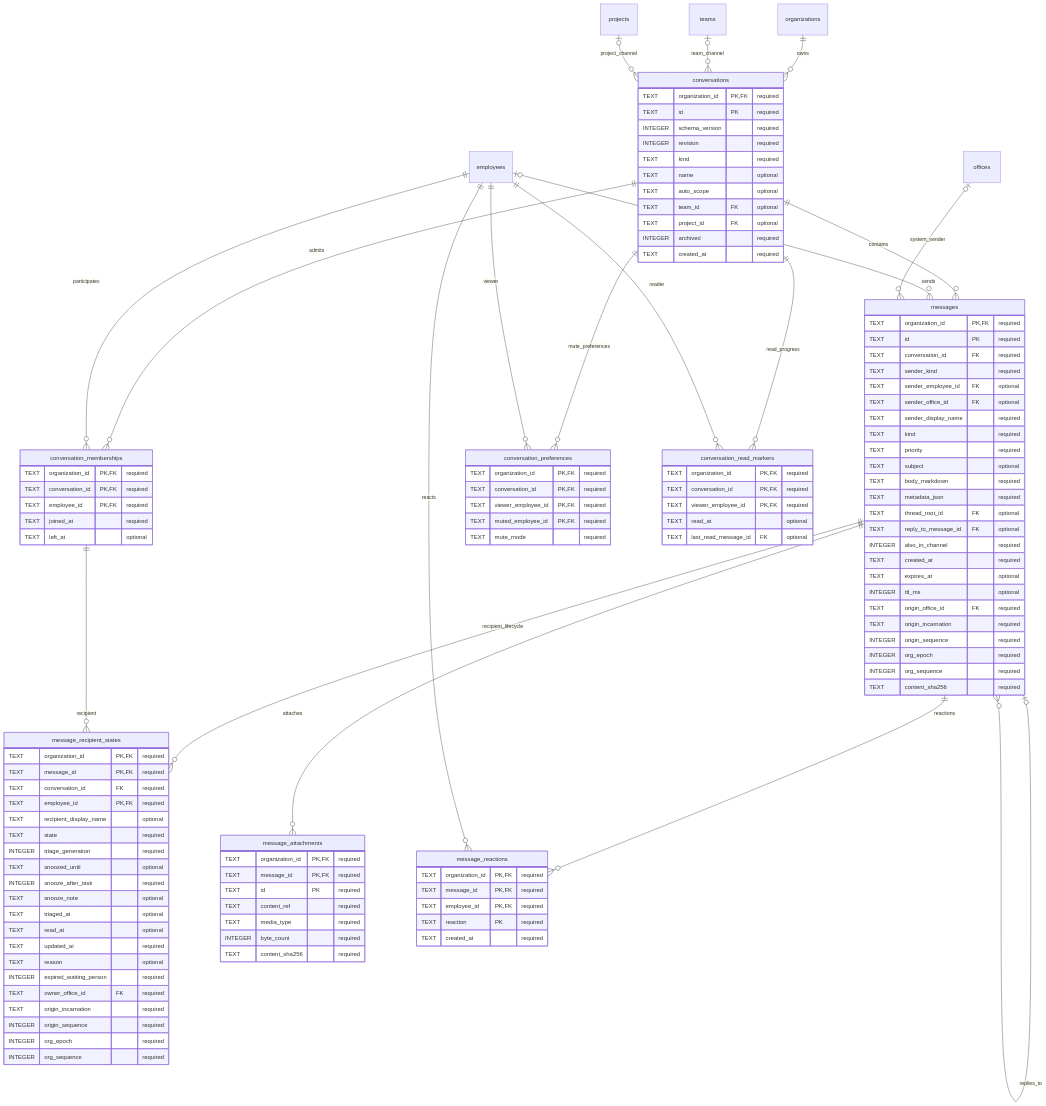
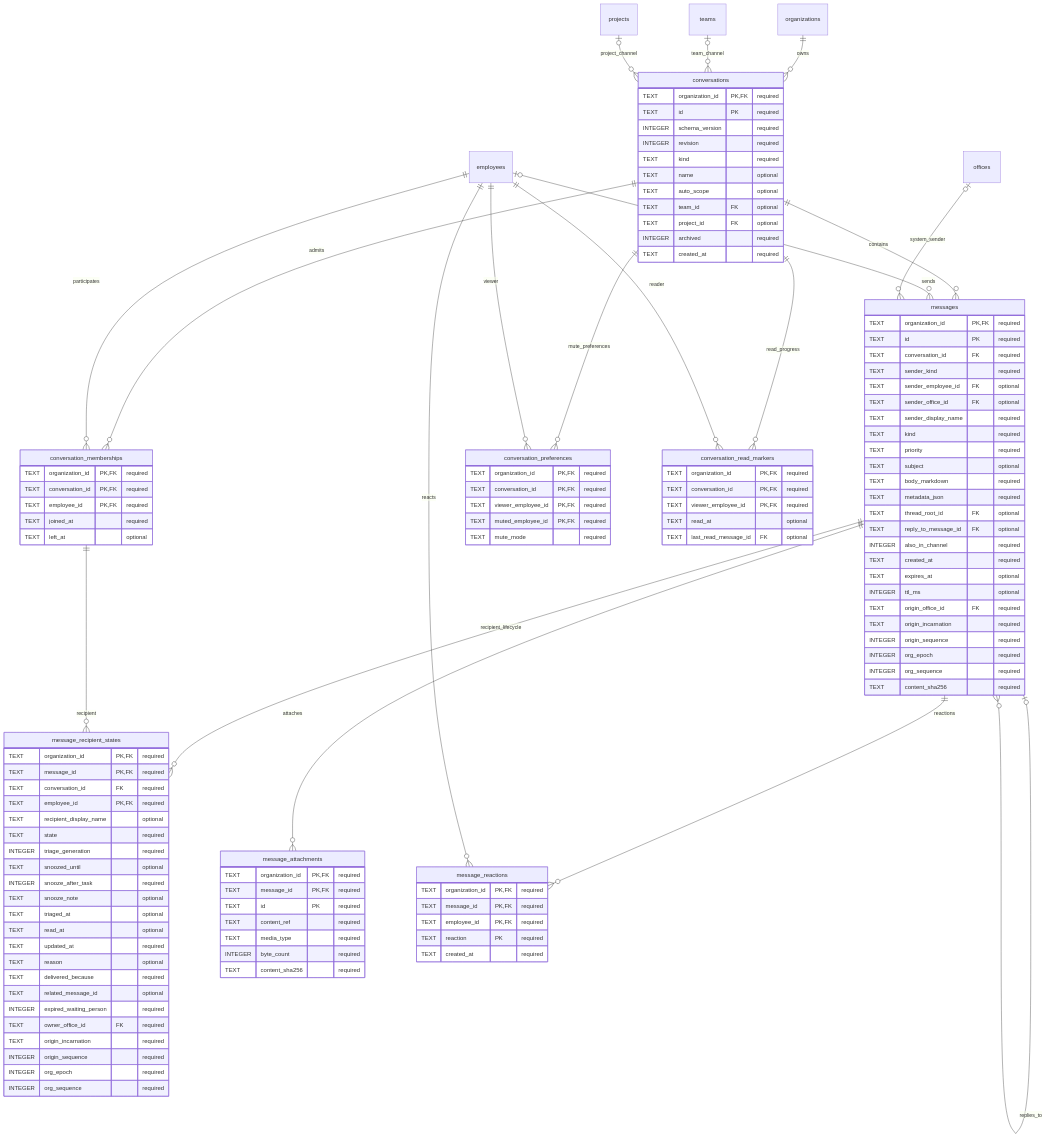
The diagram in docs/design/organization-data/15-messaging-and-chat.md (vgmello/agentic-org), drawn with Mermaid before and after one commit. The commit also changed other lines of this file and 17 other files, not shown here.

```diff
--- a/docs/design/organization-data/15-messaging-and-chat.md
+++ b/docs/design/organization-data/15-messaging-and-chat.md
@@ -334,6 +338,8 @@
         TEXT read_at "optional"
         TEXT updated_at "required"
         TEXT reason "optional"
+        TEXT delivered_because "required"
+        TEXT related_message_id "optional"
         INTEGER expired_waiting_person "required"
         TEXT owner_office_id FK "required"
         TEXT origin_incarnation "required"
```
